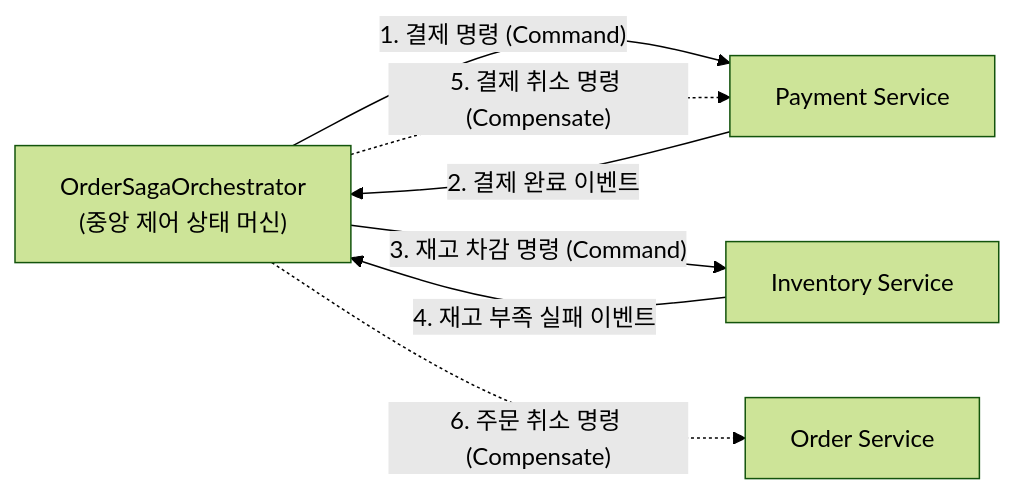
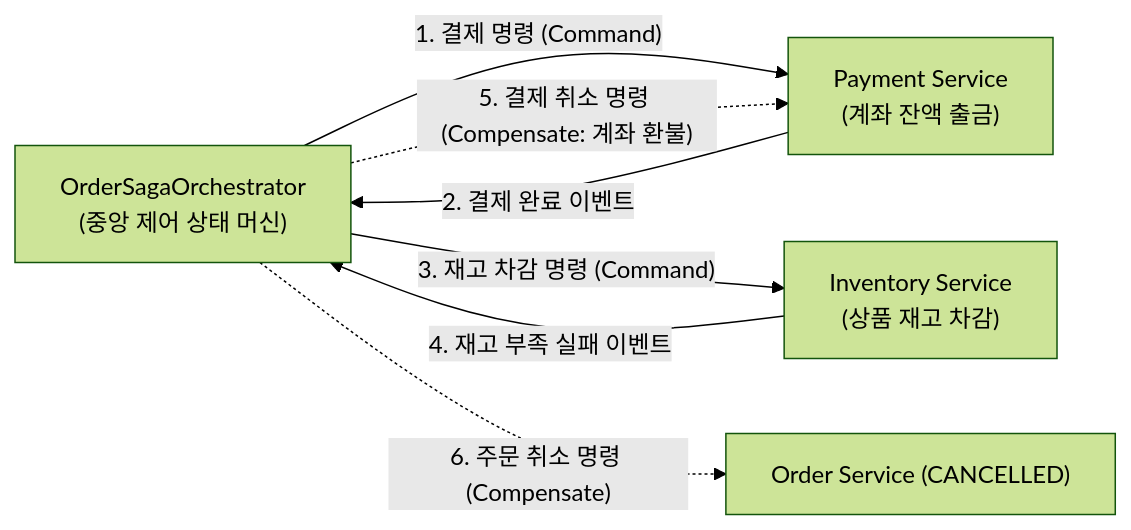
One commit to yeondububub/blog changed the second of 2 diagrams in backend/[20260819]_[SAGA 패턴을 활용한 분산 트랜잭션 구현]_[Spring, Kafka]_[spring.png]_[SAGA 패턴과 보상 트랜잭션으로 분산 데이터 일관성 보장하기].md. Above: the diagram before and after it, drawn with Mermaid (forest theme). The commit also changed other lines of this file and 1 other file, not shown here.

````diff
--- a/backend/[20260819]_[SAGA 패턴을 활용한 분산 트랜잭션 구현]_[Spring, Kafka]_[spring.png]_[SAGA 패턴과 보상 트랜잭션으로 분산 데이터 일관성 보장하기].md
+++ b/backend/[20260819]_[SAGA 패턴을 활용한 분산 트랜잭션 구현]_[Spring, Kafka]_[spring.png]_[SAGA 패턴과 보상 트랜잭션으로 분산 데이터 일관성 보장하기].md
@@ -54,13 +54,13 @@
 ```mermaid
 flowchart LR
     Orch["OrderSagaOrchestrator<br/>(중앙 제어 상태 머신)"]
     
-    Orch -- "1. 결제 명령 (Command)" --> PaySvc["Payment Service"]
+    Orch -- "1. 결제 명령 (Command)" --> PaySvc["Payment Service<br/>(계좌 잔액 출금)"]
     PaySvc -- "2. 결제 완료 이벤트" --> Orch
     
-    Orch -- "3. 재고 차감 명령 (Command)" --> InvSvc["Inventory Service"]
+    Orch -- "3. 재고 차감 명령 (Command)" --> InvSvc["Inventory Service<br/>(상품 재고 차감)"]
     InvSvc -- "4. 재고 부족 실패 이벤트" --> Orch
     
-    Orch -. "5. 결제 취소 명령 (Compensate)" .-> PaySvc
-    Orch -. "6. 주문 취소 명령 (Compensate)" .-> OrderSvc["Order Service"]
+    Orch -. "5. 결제 취소 명령 (Compensate: 계좌 환불)" .-> PaySvc
+    Orch -. "6. 주문 취소 명령 (Compensate)" .-> OrderSvc["Order Service (CANCELLED)"]
 ```
````
